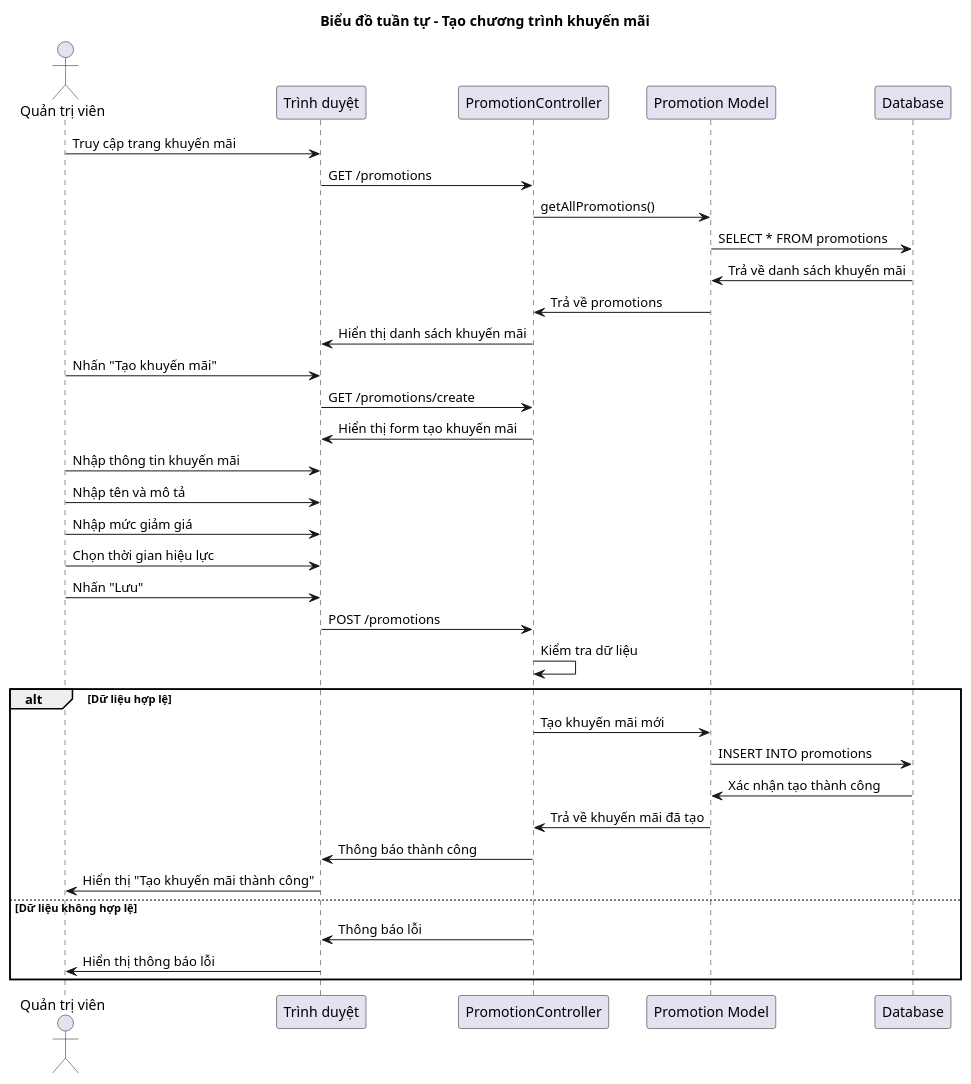
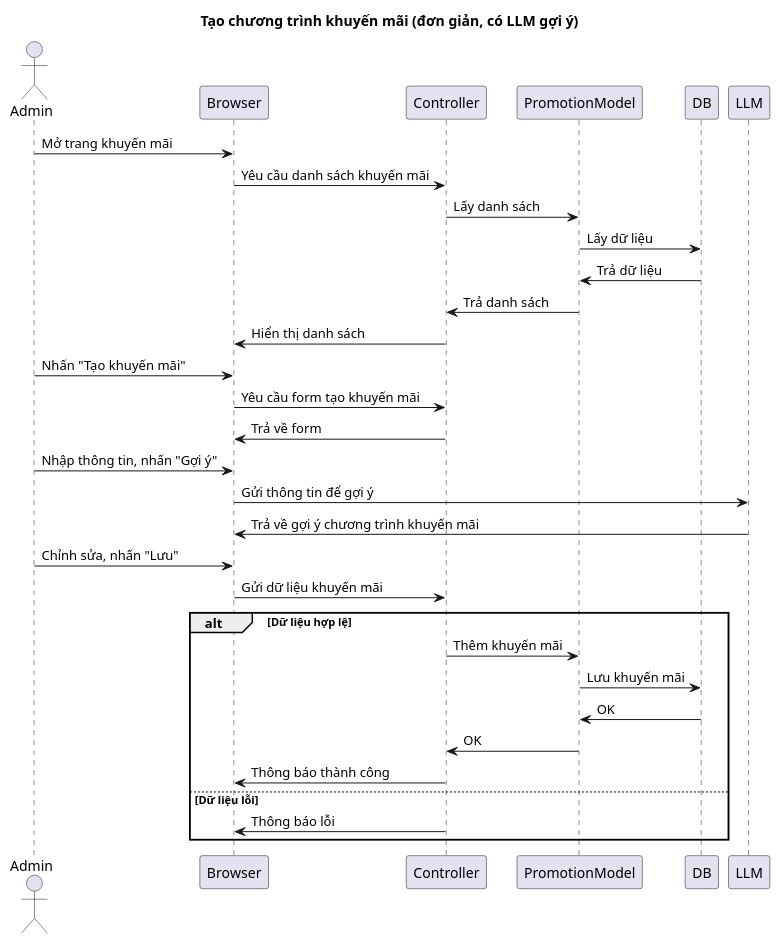
One commit to namhai03/PerfumeShop changed the diagram in docs/sequenceuml/07_tao_chuong_trinh_khuyen_mai.puml. Above: the diagram before and after it, drawn with PlantUML. The commit also changed 107 other files, not shown here.

```diff
--- a/docs/sequenceuml/07_tao_chuong_trinh_khuyen_mai.puml
+++ b/docs/sequenceuml/07_tao_chuong_trinh_khuyen_mai.puml
@@ -1,45 +1,40 @@
 @startuml Tạo chương trình khuyến mãi
-title Biểu đồ tuần tự - Tạo chương trình khuyến mãi
+title Tạo chương trình khuyến mãi (đơn giản, có LLM gợi ý)
 
-actor "Quản trị viên" as Admin
-participant "Trình duyệt" as Browser
-participant "PromotionController" as Controller
-participant "Promotion Model" as PromotionModel
-participant "Database" as DB
+actor Admin
+participant Browser
+participant Controller
+participant PromotionModel
+participant DB
+participant LLM
 
-Admin -> Browser: Truy cập trang khuyến mãi
-Browser -> Controller: GET /promotions
-Controller -> PromotionModel: getAllPromotions()
-PromotionModel -> DB: SELECT * FROM promotions
-DB -> PromotionModel: Trả về danh sách khuyến mãi
-PromotionModel -> Controller: Trả về promotions
-Controller -> Browser: Hiển thị danh sách khuyến mãi
+Admin -> Browser: Mở trang khuyến mãi
+Browser -> Controller: Yêu cầu danh sách khuyến mãi
+Controller -> PromotionModel: Lấy danh sách
+PromotionModel -> DB: Lấy dữ liệu
+DB -> PromotionModel: Trả dữ liệu
+PromotionModel -> Controller: Trả danh sách
+Controller -> Browser: Hiển thị danh sách
 
 Admin -> Browser: Nhấn "Tạo khuyến mãi"
-Browser -> Controller: GET /promotions/create
-Controller -> Browser: Hiển thị form tạo khuyến mãi
+Browser -> Controller: Yêu cầu form tạo khuyến mãi
+Controller -> Browser: Trả về form
 
-Admin -> Browser: Nhập thông tin khuyến mãi
-Admin -> Browser: Nhập tên và mô tả
-Admin -> Browser: Nhập mức giảm giá
-Admin -> Browser: Chọn thời gian hiệu lực
-Admin -> Browser: Nhấn "Lưu"
-Browser -> Controller: POST /promotions
+Admin -> Browser: Nhập thông tin, nhấn "Gợi ý"
+Browser -> LLM: Gửi thông tin để gợi ý
+LLM -> Browser: Trả về gợi ý chương trình khuyến mãi
 
-Controller -> Controller: Kiểm tra dữ liệu
+Admin -> Browser: Chỉnh sửa, nhấn "Lưu"
+Browser -> Controller: Gửi dữ liệu khuyến mãi
 
 alt Dữ liệu hợp lệ
-    Controller -> PromotionModel: Tạo khuyến mãi mới
-    PromotionModel -> DB: INSERT INTO promotions
-    DB -> PromotionModel: Xác nhận tạo thành công
-    PromotionModel -> Controller: Trả về khuyến mãi đã tạo
-    
+    Controller -> PromotionModel: Thêm khuyến mãi
+    PromotionModel -> DB: Lưu khuyến mãi
+    DB -> PromotionModel: OK
+    PromotionModel -> Controller: OK
     Controller -> Browser: Thông báo thành công
-    Browser -> Admin: Hiển thị "Tạo khuyến mãi thành công"
-    
-else Dữ liệu không hợp lệ
+else Dữ liệu lỗi
     Controller -> Browser: Thông báo lỗi
-    Browser -> Admin: Hiển thị thông báo lỗi
 end
 
 @enduml
```
